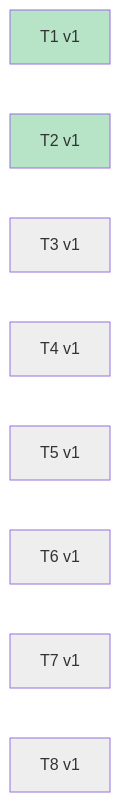
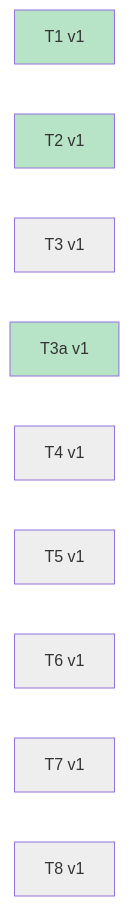
Diagram 51 of 51 in docs/specs/OVERVIEW.md (Curry09/AHE-Beta), drawn with Mermaid before and after one commit. The commit also changed other lines of this file and 6 other files, not shown here.

````diff
--- a/docs/specs/OVERVIEW.md
+++ b/docs/specs/OVERVIEW.md
@@ -1128,21 +1136,23 @@
 ```mermaid
 graph LR
     v_T1_1["T1 v1"]
     v_T2_1["T2 v1"]
     v_T3_1["T3 v1"]
+    v_T3a_1["T3a v1"]
     v_T4_1["T4 v1"]
     v_T5_1["T5 v1"]
     v_T6_1["T6 v1"]
     v_T7_1["T7 v1"]
     v_T8_1["T8 v1"]
     classDef st_done fill:#b7e4c7;
     classDef st_pending fill:#eeeeee;
     class v_T1_1 st_done;
     class v_T2_1 st_done;
     class v_T3_1 st_pending;
+    class v_T3a_1 st_done;
     class v_T4_1 st_pending;
     class v_T5_1 st_pending;
     class v_T6_1 st_pending;
     class v_T7_1 st_pending;
     class v_T8_1 st_pending;
 ```
````
